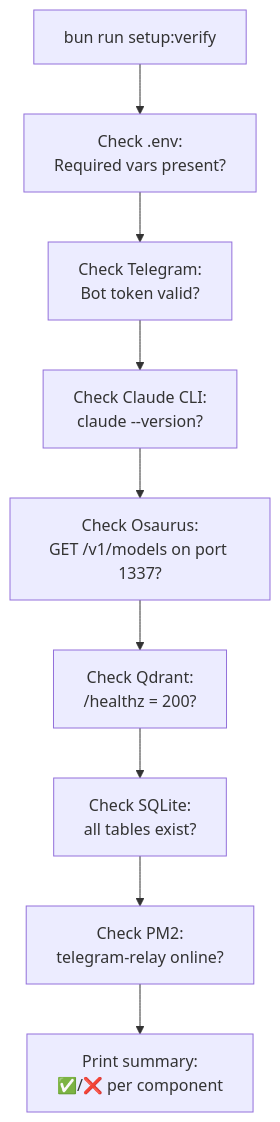
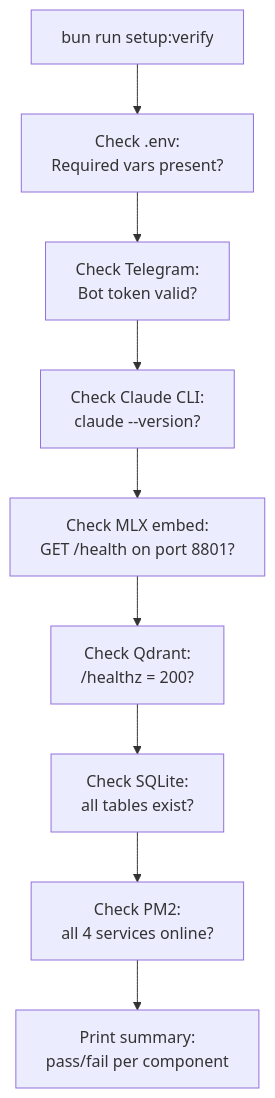
One commit to furi-wigt/claude-telegram-relay changed the fifth of 5 diagrams in docs/observability.md. Above: the diagram before and after it, drawn with Mermaid. The commit also changed other lines of this file and 27 other files, not shown here.

````diff
--- a/docs/observability.md
+++ b/docs/observability.md
@@ -435,11 +487,11 @@
 ```mermaid
 flowchart TD
     SV[bun run setup:verify] --> ENV[Check .env:\nRequired vars present?]
     ENV --> TG[Check Telegram:\nBot token valid?]
     TG --> CL[Check Claude CLI:\nclaude --version?]
-    CL --> OSR[Check Osaurus:\nGET /v1/models on port 1337?]
-    OSR --> QD[Check Qdrant:\n/healthz = 200?]
+    CL --> MLX[Check MLX embed:\nGET /health on port 8801?]
+    MLX --> QD[Check Qdrant:\n/healthz = 200?]
     QD --> DB[Check SQLite:\nall tables exist?]
-    DB --> PM2[Check PM2:\ntelegram-relay online?]
-    PM2 --> OUT[Print summary:\n✅/❌ per component]
+    DB --> PM2[Check PM2:\nall 4 services online?]
+    PM2 --> OUT[Print summary:\npass/fail per component]
 ```
````
